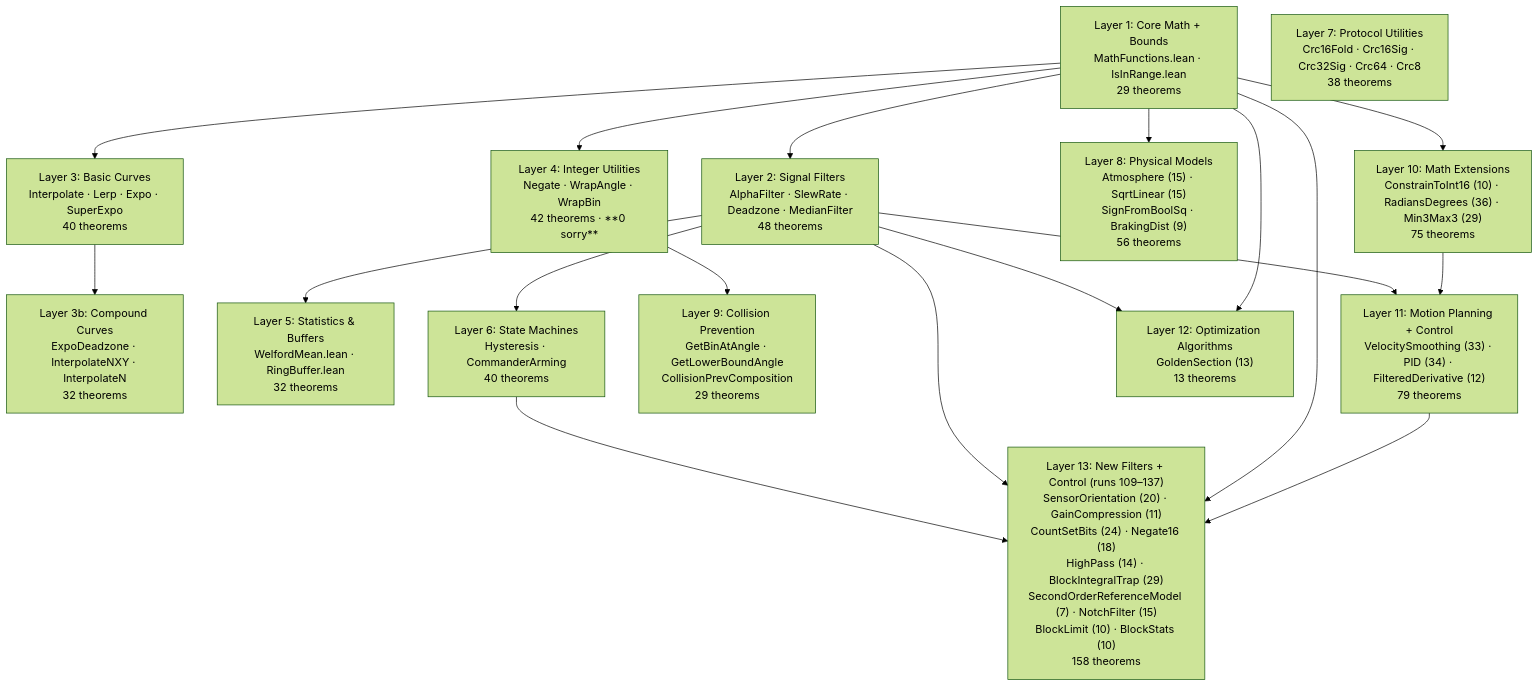
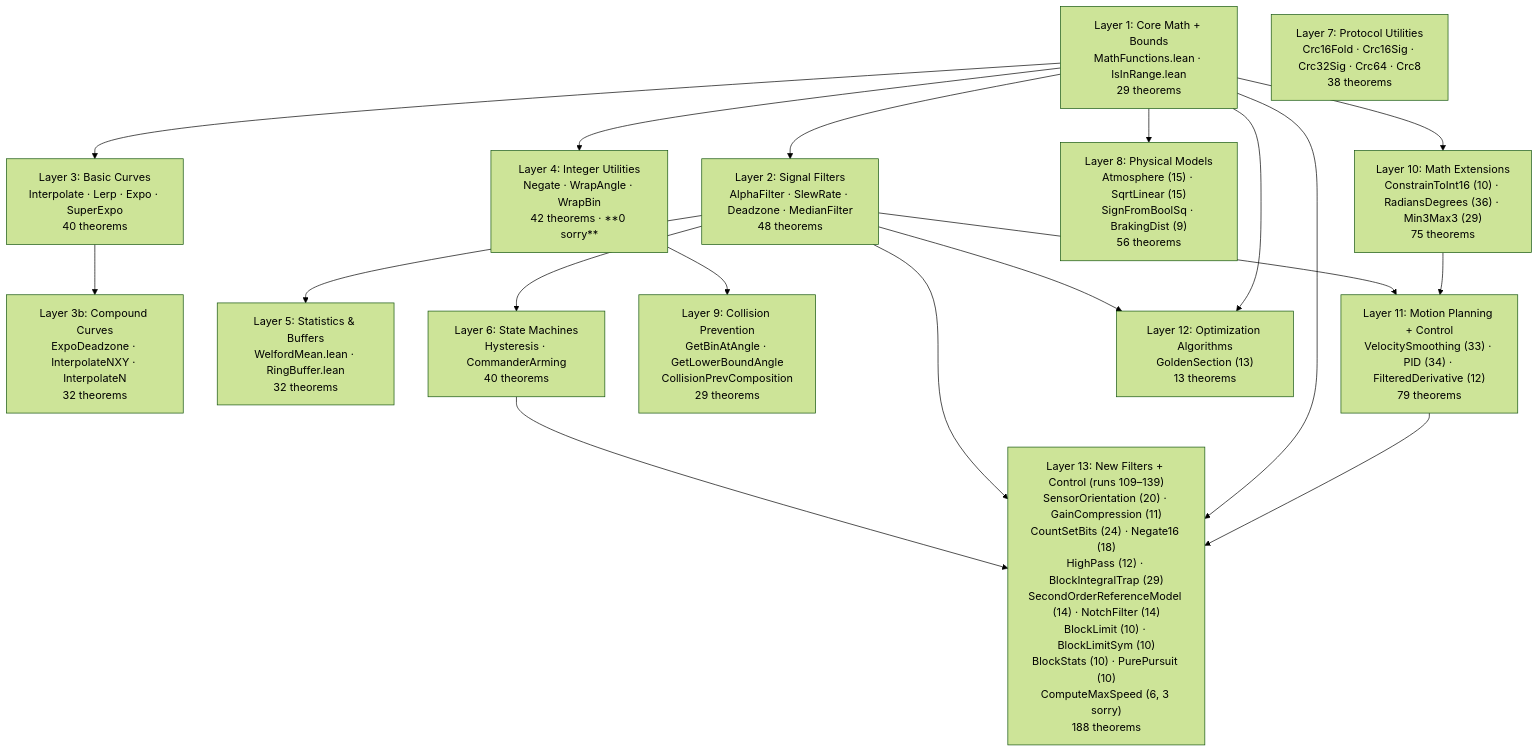
Before and after one commit to dsyme/PX4-Autopilot: the first of 19 diagrams in formal-verification/REPORT.md, drawn with Mermaid (forest theme). The commit also changed other lines of this file and 2 other files, not shown here.

````diff
--- a/formal-verification/REPORT.md
+++ b/formal-verification/REPORT.md
@@ -54,34 +55,34 @@
 ```mermaid
 graph TD
     L1["Layer 1: Core Math + Bounds<br/>MathFunctions.lean · IsInRange.lean<br/>29 theorems"]
     L2a["Layer 2: Signal Filters<br/>AlphaFilter · SlewRate · Deadzone · MedianFilter<br/>48 theorems"]
     L2b["Layer 3: Basic Curves<br/>Interpolate · Lerp · Expo · SuperExpo<br/>40 theorems"]
     L2c["Layer 3b: Compound Curves<br/>ExpoDeadzone · InterpolateNXY · InterpolateN<br/>32 theorems"]
     L4["Layer 4: Integer Utilities<br/>Negate · WrapAngle · WrapBin<br/>42 theorems · **0 sorry**"]
     L5["Layer 5: Statistics & Buffers<br/>WelfordMean.lean · RingBuffer.lean<br/>32 theorems"]
     L6["Layer 6: State Machines<br/>Hysteresis · CommanderArming<br/>40 theorems"]
     L7["Layer 7: Protocol Utilities<br/>Crc16Fold · Crc16Sig · Crc32Sig · Crc64 · Crc8<br/>38 theorems"]
     L8["Layer 8: Physical Models<br/>Atmosphere (15) · SqrtLinear (15)<br/>SignFromBoolSq · BrakingDist (9)<br/>56 theorems"]
     L9["Layer 9: Collision Prevention<br/>GetBinAtAngle · GetLowerBoundAngle<br/>CollisionPrevComposition<br/>29 theorems"]
     L10["Layer 10: Math Extensions<br/>ConstrainToInt16 (10) · RadiansDegrees (36) · Min3Max3 (29)<br/>75 theorems"]
     L11["Layer 11: Motion Planning + Control<br/>VelocitySmoothing (33) · PID (34) · FilteredDerivative (12)<br/>79 theorems"]
     L12["Layer 12: Optimization Algorithms<br/>GoldenSection (13)<br/>13 theorems"]
-    L13["Layer 13: New Filters + Control (runs 109–137)<br/>SensorOrientation (20) · GainCompression (11)<br/>CountSetBits (24) · Negate16 (18)<br/>HighPass (14) · BlockIntegralTrap (29)<br/>SecondOrderReferenceModel (7) · NotchFilter (15)<br/>BlockLimit (10) · BlockStats (10)<br/>158 theorems"]
+    L13["Layer 13: New Filters + Control (runs 109–139)<br/>SensorOrientation (20) · GainCompression (11)<br/>CountSetBits (24) · Negate16 (18)<br/>HighPass (12) · BlockIntegralTrap (29)<br/>SecondOrderReferenceModel (14) · NotchFilter (14)<br/>BlockLimit (10) · BlockLimitSym (10)<br/>BlockStats (10) · PurePursuit (10)<br/>ComputeMaxSpeed (6, 3 sorry)<br/>188 theorems"]
     L1 --> L2a
     L1 --> L2b
     L2b --> L2c
     L1 --> L4
     L2a --> L5
     L2a --> L6
     L1 --> L8
     L4 --> L9
     L1 --> L10
     L2a --> L11
     L10 --> L11
     L2a --> L12
     L1 --> L12
     L6 --> L13
     L2a --> L13
     L1 --> L13
     L11 --> L13
 ```
````
